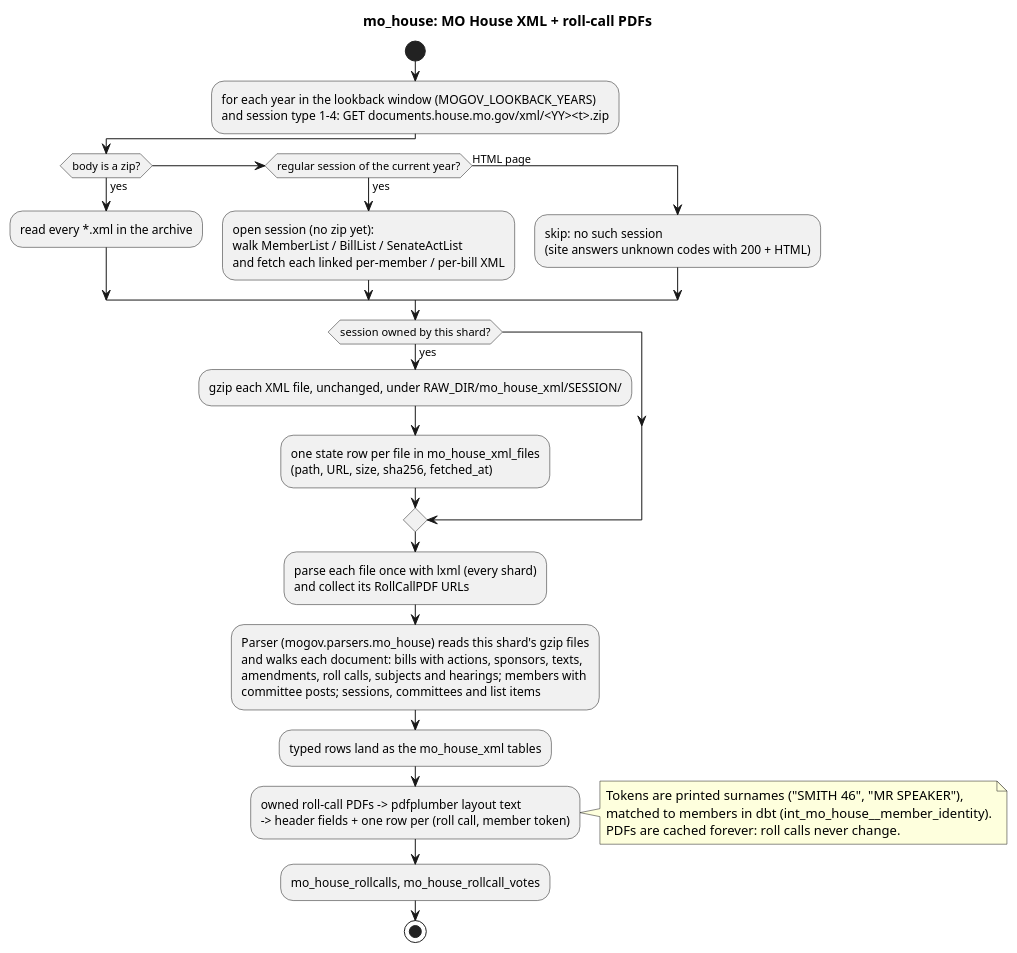
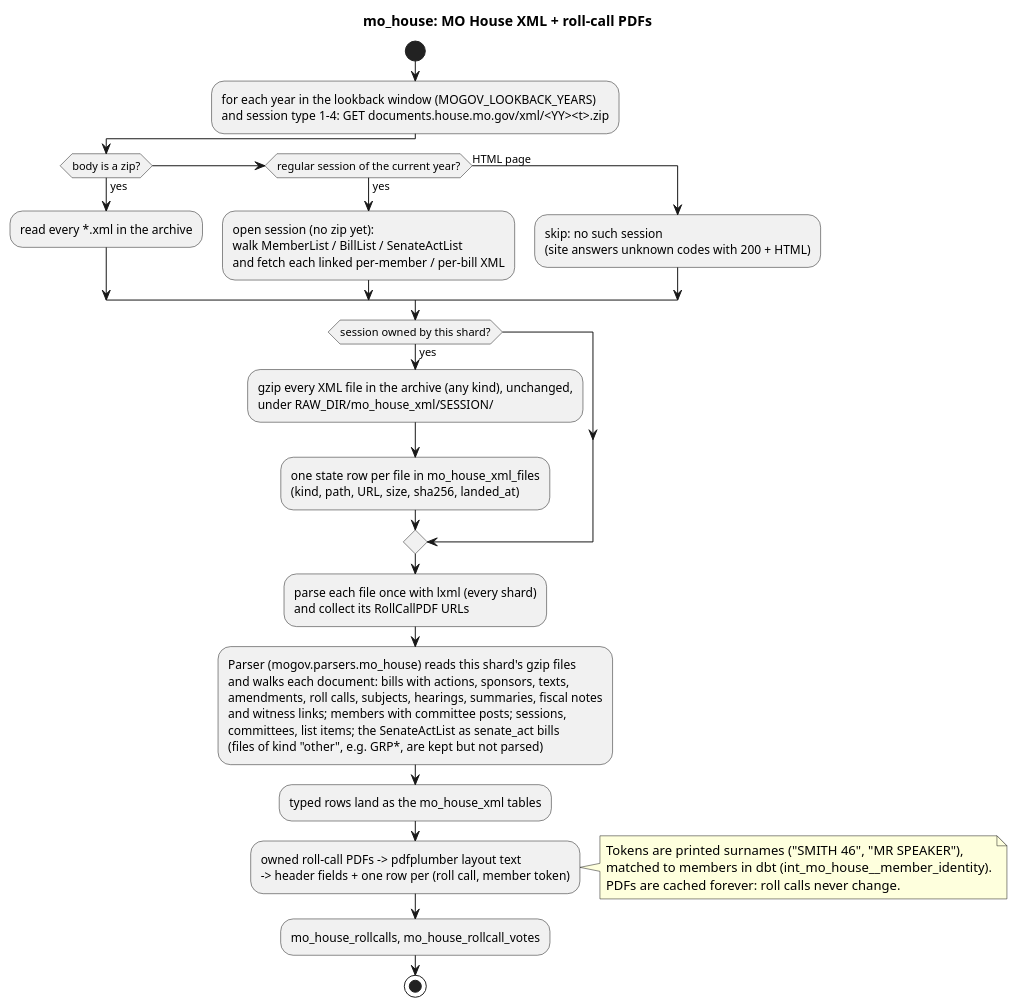
Before and after one commit to akettmann/missouri_gov_feed: the diagram in docs/diagrams/sources/mo_house.puml, drawn with PlantUML. The commit also changed 9 other files, not shown here.

First line of the commit message:
mo_house: fix review defects (dedupe BillList, typed gaps, land GRP, SenateActList)

```diff
--- a/docs/diagrams/sources/mo_house.puml
+++ b/docs/diagrams/sources/mo_house.puml
@@ -1,37 +1,40 @@
 @startuml mo_house
 title mo_house: MO House XML + roll-call PDFs
 start
 :for each year in the lookback window (MOGOV_LOOKBACK_YEARS)
 and session type 1-4: GET documents.house.mo.gov/xml/<YY><t>.zip;
 if (body is a zip?) then (yes)
   :read every *.xml in the archive;
 elseif (regular session of the current year?) then (yes)
   :open session (no zip yet):
   walk MemberList / BillList / SenateActList
   and fetch each linked per-member / per-bill XML;
 else (HTML page)
   :skip: no such session
   (site answers unknown codes with 200 + HTML);
 endif
 if (session owned by this shard?) then (yes)
-  :gzip each XML file, unchanged, under RAW_DIR/mo_house_xml/SESSION/;
+  :gzip every XML file in the archive (any kind), unchanged,
+  under RAW_DIR/mo_house_xml/SESSION/;
   :one state row per file in mo_house_xml_files
-  (path, URL, size, sha256, fetched_at);
+  (kind, path, URL, size, sha256, landed_at);
 endif
 :parse each file once with lxml (every shard)
 and collect its RollCallPDF URLs;
 :Parser (mogov.parsers.mo_house) reads this shard's gzip files
 and walks each document: bills with actions, sponsors, texts,
-amendments, roll calls, subjects and hearings; members with
-committee posts; sessions, committees and list items;
+amendments, roll calls, subjects, hearings, summaries, fiscal notes
+and witness links; members with committee posts; sessions,
+committees, list items; the SenateActList as senate_act bills
+(files of kind "other", e.g. GRP*, are kept but not parsed);
 :typed rows land as the mo_house_xml tables;
 :owned roll-call PDFs -> pdfplumber layout text
 -> header fields + one row per (roll call, member token);
 note right
   Tokens are printed surnames ("SMITH 46", "MR SPEAKER"),
   matched to members in dbt (int_mo_house__member_identity).
   PDFs are cached forever: roll calls never change.
 end note
 :mo_house_rollcalls, mo_house_rollcall_votes;
 stop
 @enduml
```
